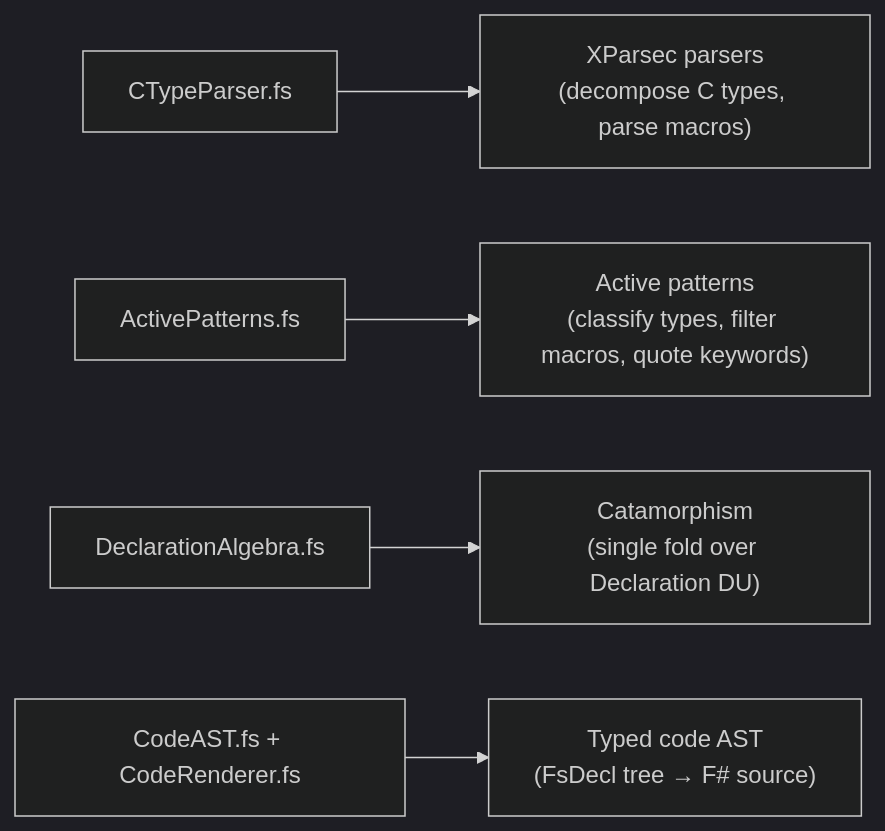
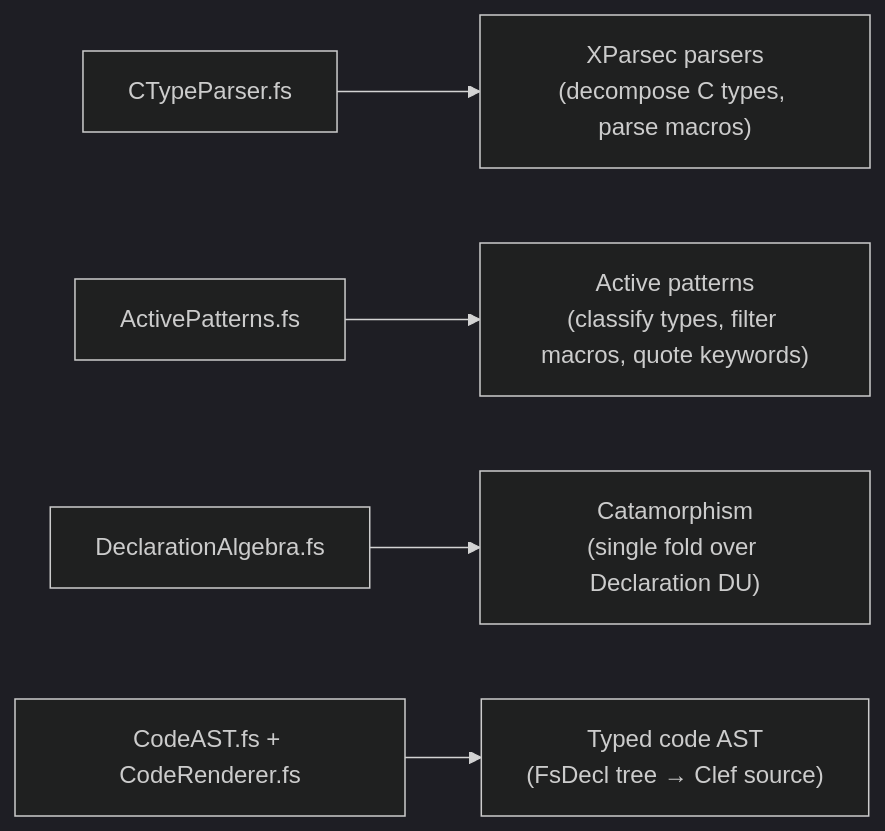
One commit to FidelityFramework/Farscape changed the first of 2 diagrams in docs/04_XParsec_Architecture.md. Above: the diagram before and after it, drawn with Mermaid (dark theme). The commit also changed other lines of this file and 34 other files, not shown here.

````diff
--- a/docs/04_XParsec_Architecture.md
+++ b/docs/04_XParsec_Architecture.md
@@ -7,7 +7,7 @@
 ```mermaid
 flowchart LR
     A["CTypeParser.fs"] --> B["XParsec parsers<br/>(decompose C types, parse macros)"]
     C["ActivePatterns.fs"] --> D["Active patterns<br/>(classify types, filter macros, quote keywords)"]
     E["DeclarationAlgebra.fs"] --> F["Catamorphism<br/>(single fold over Declaration DU)"]
-    G["CodeAST.fs + CodeRenderer.fs"] --> H["Typed code AST<br/>(FsDecl tree → F# source)"]
+    G["CodeAST.fs + CodeRenderer.fs"] --> H["Typed code AST<br/>(FsDecl tree → Clef source)"]
 ```
````
